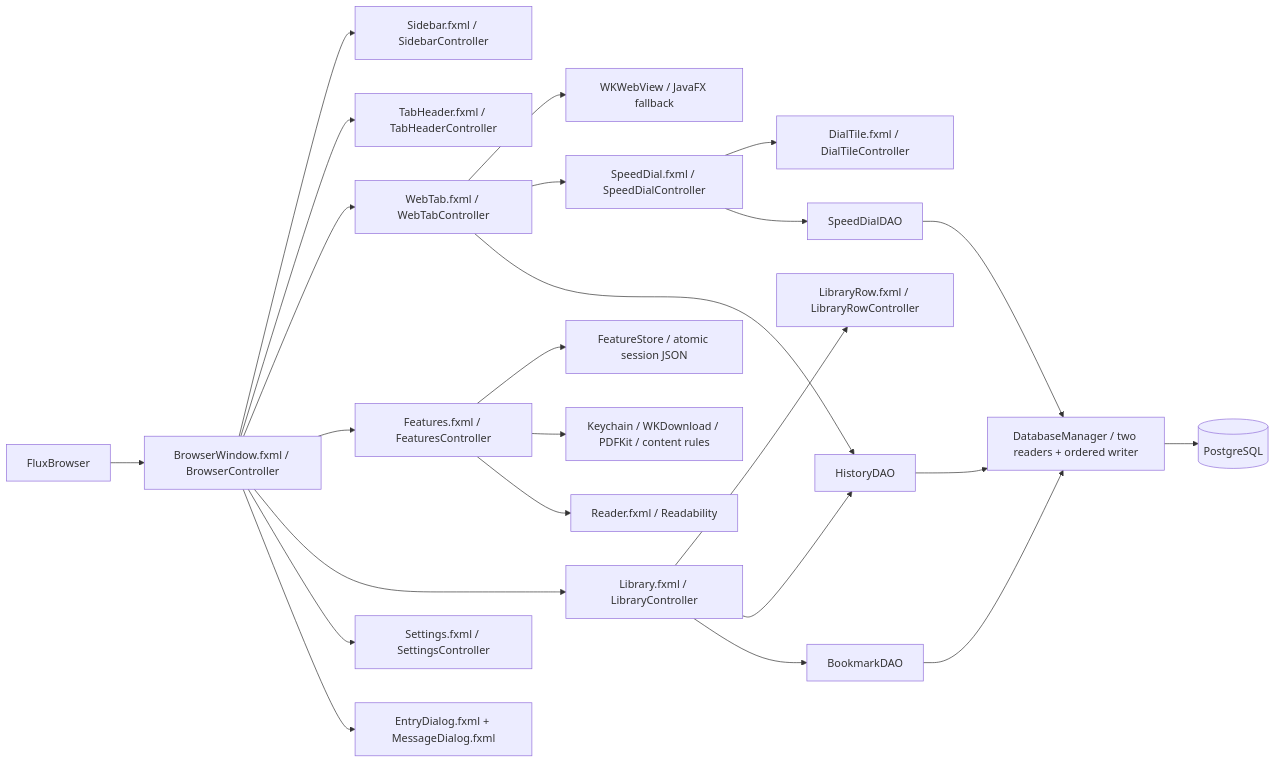
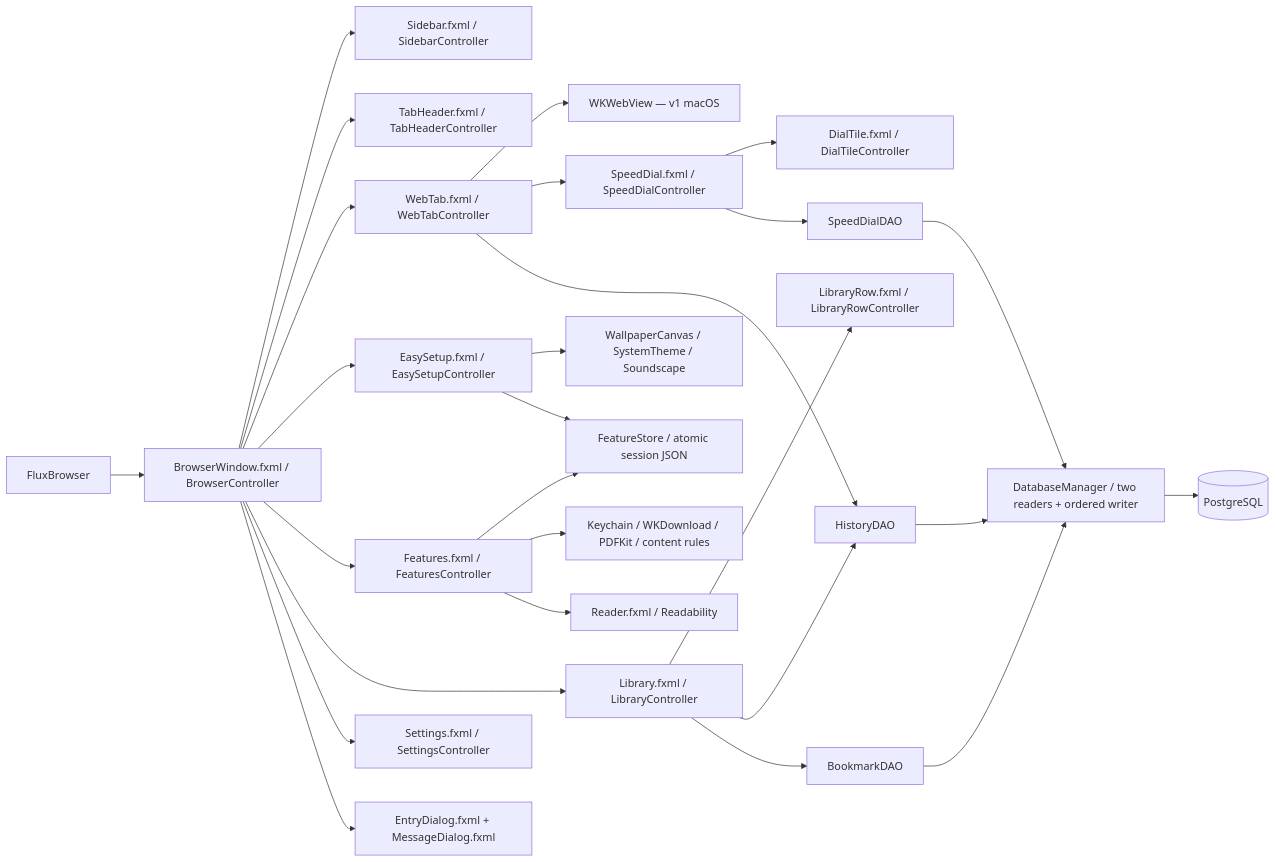
Before and after one commit to jisan-p/Flux-Browser: the diagram in Flux/docs/ARCHITECTURE.md, drawn with Mermaid. The commit also changed other lines of this file and 58 other files, not shown here.

````diff
--- a/Flux/docs/ARCHITECTURE.md
+++ b/Flux/docs/ARCHITECTURE.md
@@ -28,26 +30,29 @@
 ```mermaid
 flowchart LR
     App[FluxBrowser] --> Window[BrowserWindow.fxml / BrowserController]
     Window --> Sidebar[Sidebar.fxml / SidebarController]
     Window --> Chips[TabHeader.fxml / TabHeaderController]
     Window --> Tabs[WebTab.fxml / WebTabController]
-    Tabs --> Engine[WKWebView / JavaFX fallback]
+    Tabs --> Engine[WKWebView — v1 macOS]
+    Window --> Appearance[EasySetup.fxml / EasySetupController]
+    Appearance --> Visuals[WallpaperCanvas / SystemTheme / Soundscape]
+    Appearance --> Session
     Window --> Tools[Features.fxml / FeaturesController]
     Tools --> Session[FeatureStore / atomic session JSON]
     Tools --> Native[Keychain / WKDownload / PDFKit / content rules]
     Tools --> Reader[Reader.fxml / Readability]
     Tabs --> Home[SpeedDial.fxml / SpeedDialController]
     Home --> Tiles[DialTile.fxml / DialTileController]
     Window --> Library[Library.fxml / LibraryController]
     Library --> Rows[LibraryRow.fxml / LibraryRowController]
     Window --> Settings[Settings.fxml / SettingsController]
     Window --> Dialogs[EntryDialog.fxml + MessageDialog.fxml]
     Tabs --> HistoryDAO
     Library --> HistoryDAO
     Library --> BookmarkDAO
     Home --> SpeedDialDAO
     HistoryDAO --> DB[DatabaseManager / two readers + ordered writer]
     BookmarkDAO --> DB
     SpeedDialDAO --> DB
     DB --> PG[(PostgreSQL)]
 ```
````
